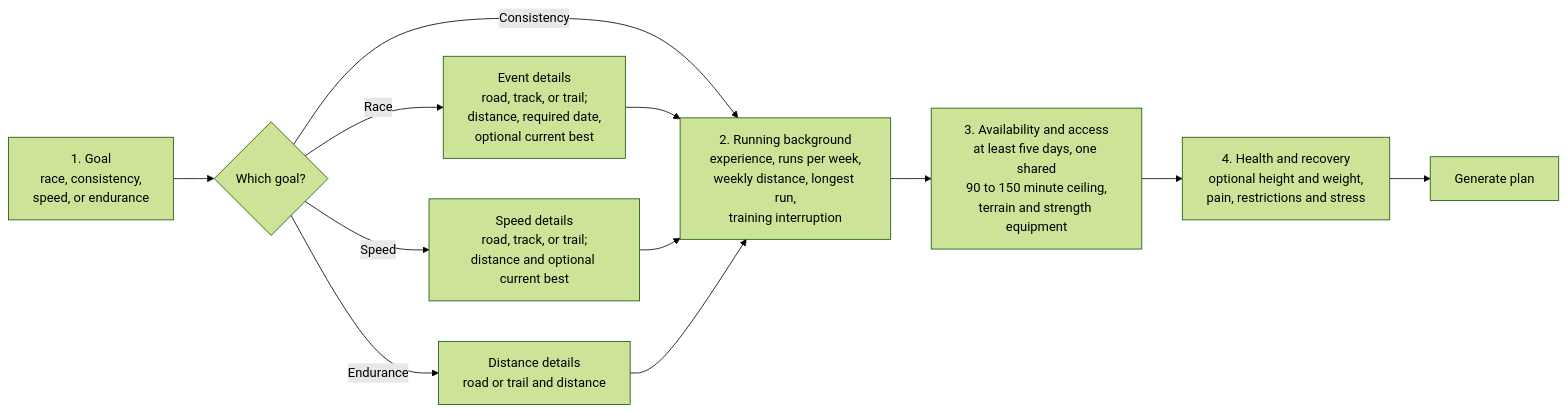
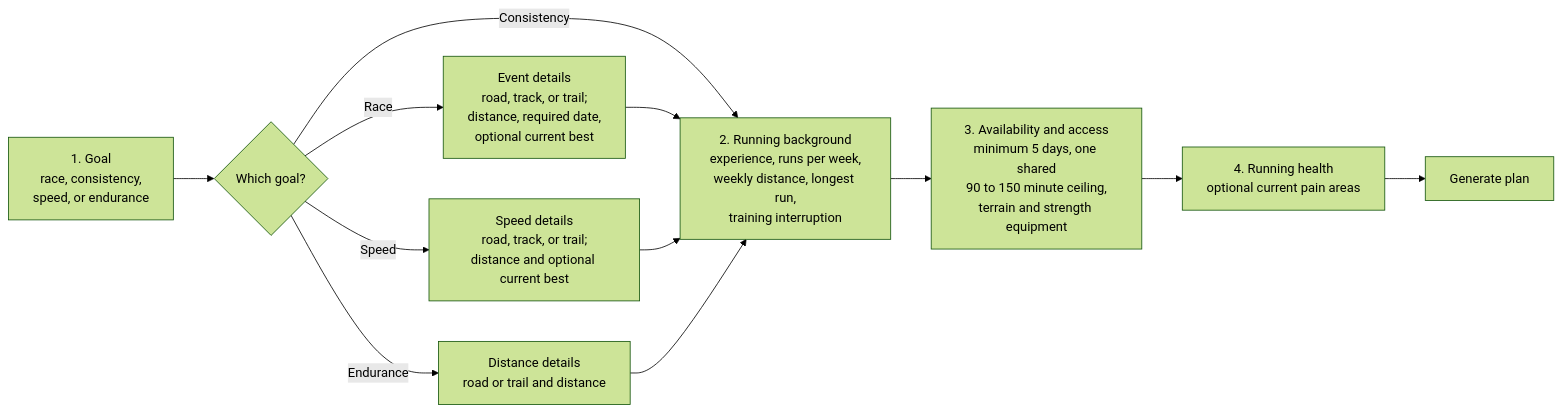
Before and after one commit to vamshikrishnabrungi/Fitness-App: the first of 7 diagrams in docs/training-generation-architecture.md, drawn with Mermaid (forest theme). The commit also changed other lines of this file and 5 other files, not shown here.

````diff
--- a/docs/training-generation-architecture.md
+++ b/docs/training-generation-architecture.md
@@ -13,14 +13,14 @@
 ```mermaid
 flowchart LR
     A[1. Goal<br/>race, consistency,<br/>speed, or endurance] --> R{Which goal?}
     R -->|Race| B[Event details<br/>road, track, or trail;<br/>distance, required date,<br/>optional current best]
     R -->|Speed| S[Speed details<br/>road, track, or trail;<br/>distance and optional current best]
     R -->|Endurance| N[Distance details<br/>road or trail and distance]
     R -->|Consistency| C
     B --> C[2. Running background<br/>experience, runs per week,<br/>weekly distance, longest run,<br/>training interruption]
     S --> C
     N --> C
-    C --> D[3. Availability and access<br/>at least five days, one shared<br/>90 to 150 minute ceiling,<br/>terrain and strength equipment]
-    D --> E[4. Health and recovery<br/>optional height and weight,<br/>pain, restrictions and stress]
+    C --> D[3. Availability and access<br/>minimum 5 days, one shared<br/>90 to 150 minute ceiling,<br/>terrain and strength equipment]
+    D --> E[4. Running health<br/>optional current pain areas]
     E --> F[Generate plan]
 ```
````
